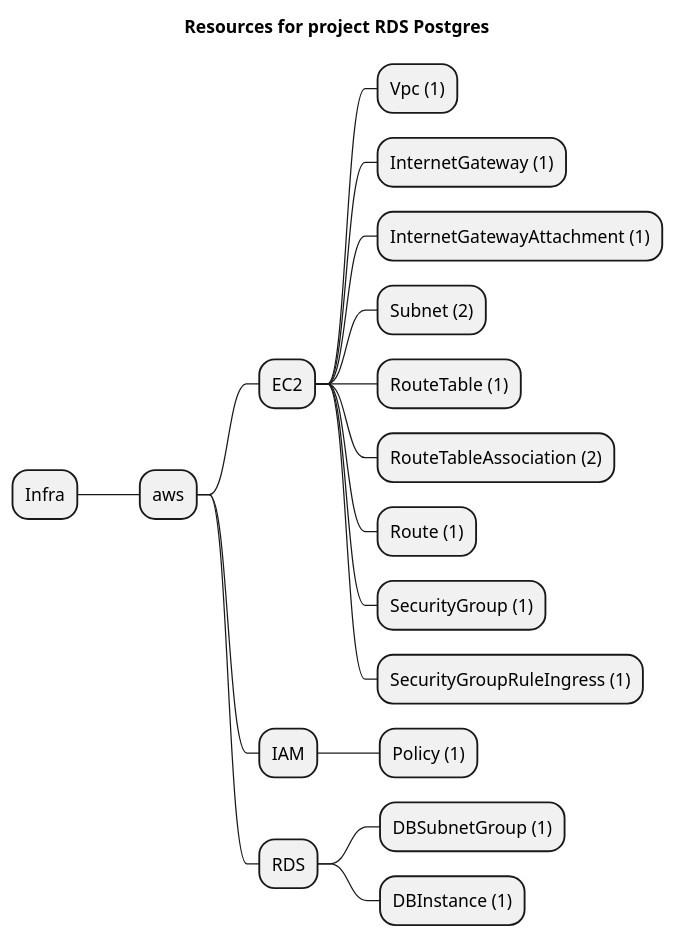
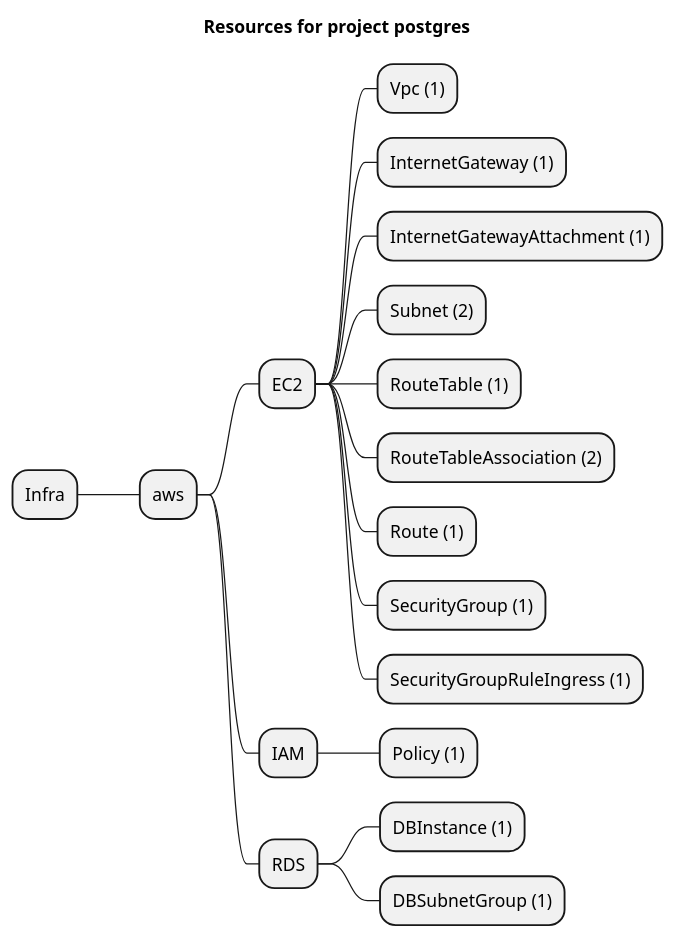
The diagram in examples/aws/RDS/postgres/artifacts/resources-mindmap.puml (grucloud/grucloud), drawn with PlantUML before and after one commit. The commit also changed 766 other files, not shown here.

Commit message:
update diagram

```diff
--- a/examples/aws/RDS/postgres/artifacts/resources-mindmap.puml
+++ b/examples/aws/RDS/postgres/artifacts/resources-mindmap.puml
@@ -1,21 +1,21 @@
 @startmindmap
-title Resources for project RDS Postgres
+title Resources for project postgres
 skinparam monochrome true
 + Infra
 ++ aws
 +++ EC2
 ++++ Vpc (1)
 ++++ InternetGateway (1)
 ++++ InternetGatewayAttachment (1)
 ++++ Subnet (2)
 ++++ RouteTable (1)
 ++++ RouteTableAssociation (2)
 ++++ Route (1)
 ++++ SecurityGroup (1)
 ++++ SecurityGroupRuleIngress (1)
 +++ IAM
 ++++ Policy (1)
 +++ RDS
+++++ DBInstance (1)
 ++++ DBSubnetGroup (1)
-++++ DBInstance (1)
 @endmindmap
```
